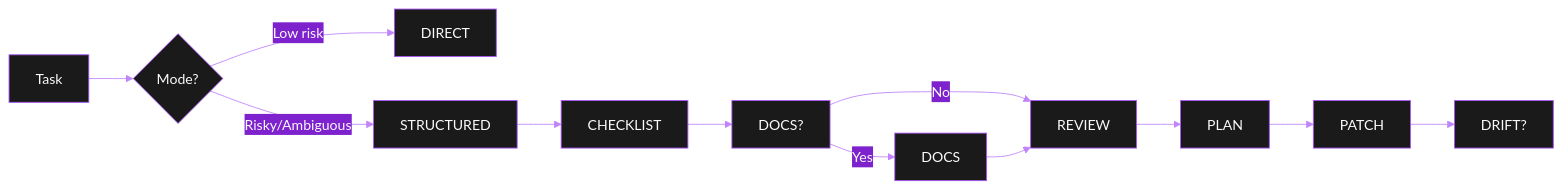
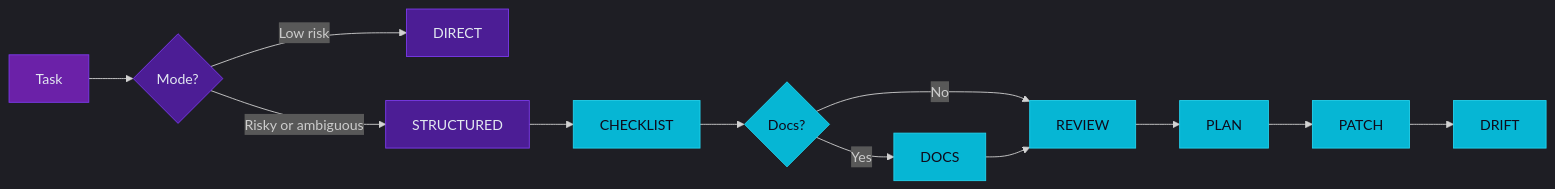
The diagram in QUICKSTART.md (simwai/perplexity-prompts), drawn with Mermaid before and after one commit. The commit also changed other lines of this file and 12 other files, not shown here.

First line of the commit message:
docs: fix mermaid rendering and strip decorative emoji

````diff
--- a/QUICKSTART.md
+++ b/QUICKSTART.md
@@ -123,23 +123,23 @@
 ```mermaid
-%%{init: {'theme': 'base', 'themeVariables': {
-  'primaryColor': '#a855f7', 'primaryTextColor': '#fafafa',
-  'primaryBorderColor': '#c084fc', 'lineColor': '#c084fc',
-  'secondaryColor': '#7e22ce', 'tertiaryColor': '#581c87',
-  'background': '#0f0f0f', 'mainBkg': '#1a1a1a',
-  'secondBkg': '#262626', 'tertiaryBkg': '#3d3d3d',
-  'textColor': '#fafafa', 'nodeBorder': '#a855f7',
-  'clusterBkg': '#2d1b4e', 'clusterBorder': '#a855f7'
-}}}%%
+%%{init: {'theme': 'dark'}}%%
 flowchart LR
-    A[Task] --> B{Mode?}
+    A[Task] --> B{"Mode?"}
     B -->|Low risk| C[DIRECT]
-    B -->|Risky/Ambiguous| D[STRUCTURED]
+    B -->|Risky or ambiguous| D[STRUCTURED]
     D --> E[CHECKLIST]
-    E --> F[DOCS?]
+    E --> F{"Docs?"}
     F -->|Yes| G[DOCS]
     F -->|No| H[REVIEW]
     G --> H
     H --> I[PLAN]
     I --> J[PATCH]
-    J --> K[DRIFT?]
+    J --> K[DRIFT]
+
+    classDef entry fill:#6B21A8,stroke:#7C3AED,color:#E2E8F0;
+    classDef mode fill:#4C1D95,stroke:#7C3AED,color:#E2E8F0;
+    classDef phase fill:#06B6D4,stroke:#22D3EE,color:#0F0A1A;
+
+    class A entry
+    class B,C,D mode
+    class E,F,G,H,I,J,K phase
 ```
````
